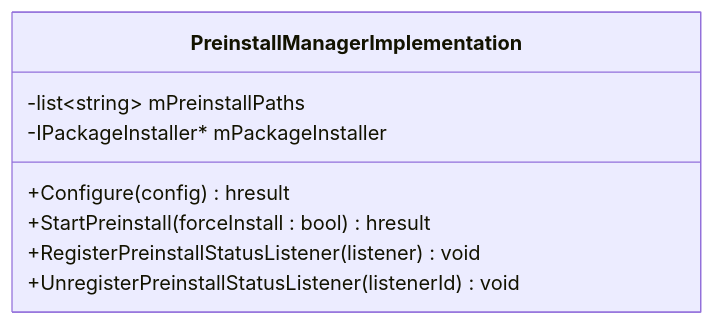
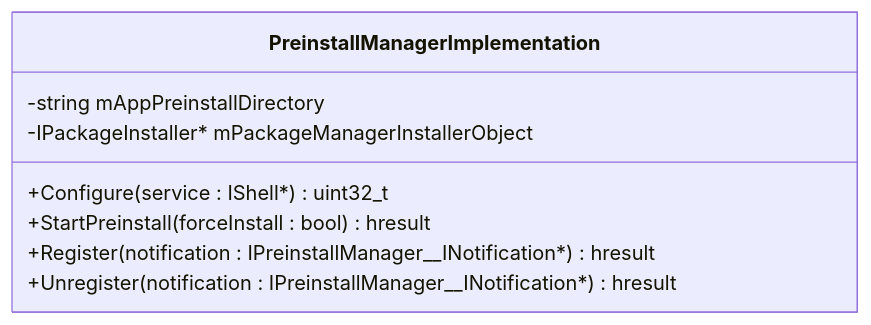
Before and after one commit to rdkcentral/entservices-appmanagers: the second of 4 diagrams in PreinstallManager/PreinstallManager.md, drawn with Mermaid. The commit also changed 5 other files, not shown here.

````diff
--- a/PreinstallManager/PreinstallManager.md
+++ b/PreinstallManager/PreinstallManager.md
@@ -51,11 +51,11 @@
 ```mermaid
 classDiagram
     class PreinstallManagerImplementation {
-        -list~string~ mPreinstallPaths
-        -IPackageInstaller* mPackageInstaller
-        +Configure(config) hresult
+        -string mAppPreinstallDirectory
+        -IPackageInstaller* mPackageManagerInstallerObject
+        +Configure(service : IShell*) uint32_t
         +StartPreinstall(forceInstall : bool) hresult
-        +RegisterPreinstallStatusListener(listener) void
-        +UnregisterPreinstallStatusListener(listenerId) void
+        +Register(notification : IPreinstallManager__INotification*) hresult
+        +Unregister(notification : IPreinstallManager__INotification*) hresult
     }
 ```
````
